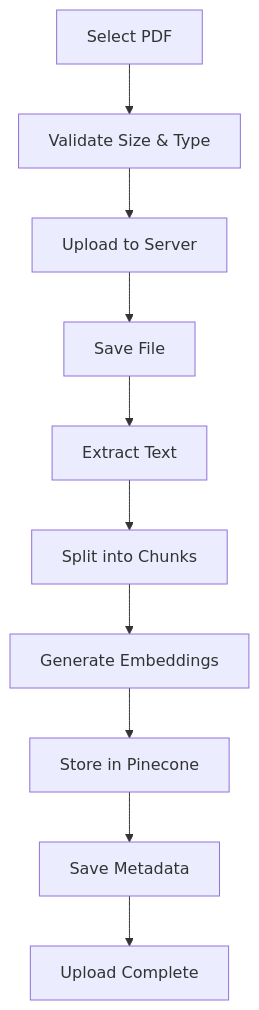
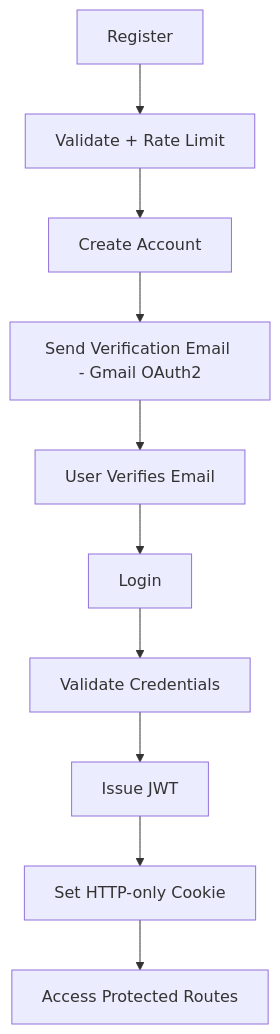
Before and after one commit to hari5827/AskQuery-Genai: the fourth of 4 diagrams in README.md, drawn with Mermaid. The commit also changed other lines of this file, not shown here.

````diff
--- a/README.md
+++ b/README.md
@@ -279,23 +149,12 @@
 ```mermaid
 flowchart TD
-
-A[Select PDF]
-
-A --> B[Validate Size & Type]
-
-B --> C[Upload to Server]
-
-C --> D[Save File]
-
-D --> E[Extract Text]
-
-E --> F[Split into Chunks]
-
-F --> G[Generate Embeddings]
-
-G --> H[Store in Pinecone]
-
-H --> I[Save Metadata]
-
-I --> J[Upload Complete]
+    A[Register] --> B[Validate + Rate Limit]
+    B --> C[Create Account]
+    C --> D[Send Verification Email - Gmail OAuth2]
+    D --> E[User Verifies Email]
+    E --> F[Login]
+    F --> G[Validate Credentials]
+    G --> H[Issue JWT]
+    H --> I[Set HTTP-only Cookie]
+    I --> J[Access Protected Routes]
 ```
````
